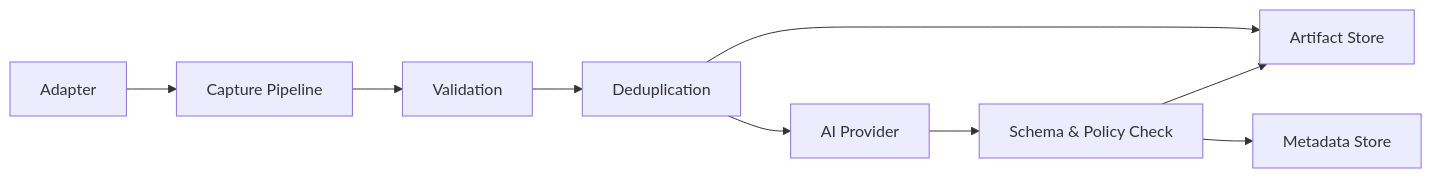
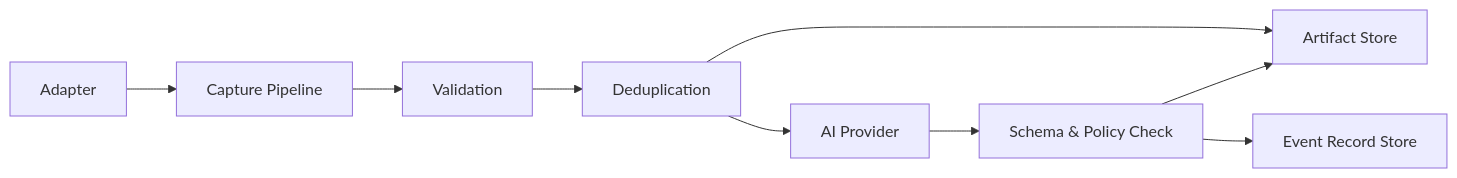
The diagram in docs/specs/capture-pipeline-sdd.md (LoveOrange/shiyi), drawn with Mermaid before and after one commit. The commit also changed other lines of this file and 18 other files, not shown here.

Commit message:
refactor: rename metadata store to event record store

````diff
--- a/docs/specs/capture-pipeline-sdd.md
+++ b/docs/specs/capture-pipeline-sdd.md
@@ -137,11 +137,11 @@
 ```mermaid
 flowchart LR
   Adapter[Adapter] --> Pipeline[Capture Pipeline]
   Pipeline --> Validator[Validation]
   Validator --> Dedupe[Deduplication]
   Dedupe --> ArtifactStore[Artifact Store]
   Dedupe --> AIProvider[AI Provider]
   AIProvider --> Policy[Schema & Policy Check]
   Policy --> ArtifactStore
-  Policy --> MetadataStore[Metadata Store]
+  Policy --> EventRecordStore[Event Record Store]
 ```
````
